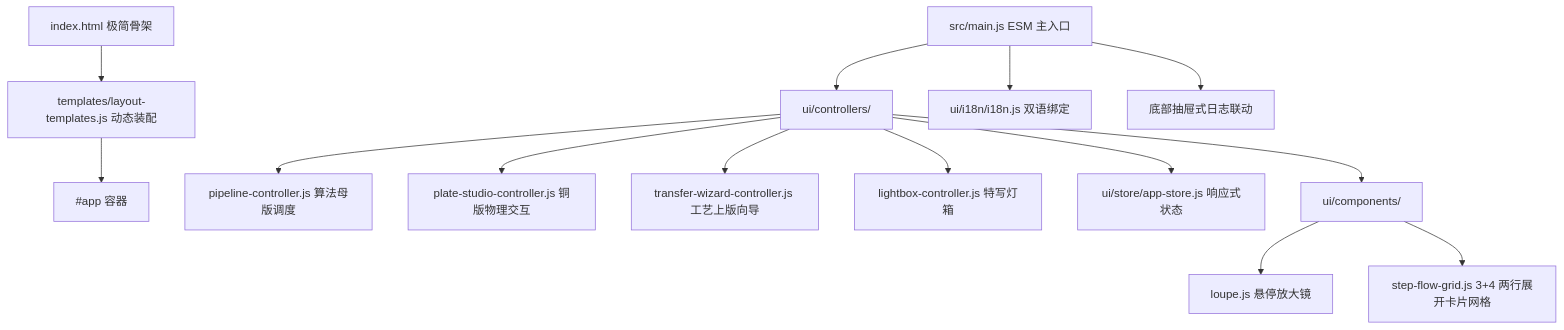
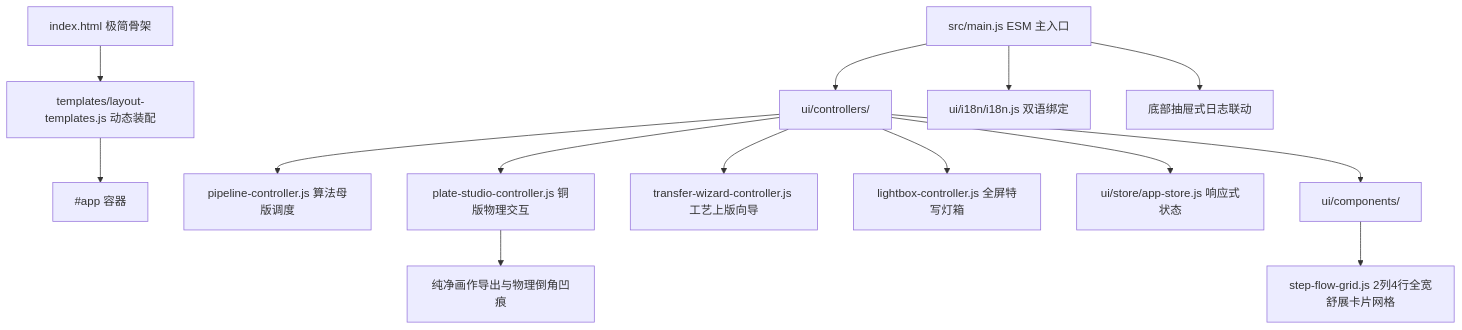
Before and after one commit to gongzhimin/Etchloom: the diagram in src/ui/docs/ARCHITECTURE.md, drawn with Mermaid. The commit also changed other lines of this file and 9 other files, not shown here.

````diff
--- a/src/ui/docs/ARCHITECTURE.md
+++ b/src/ui/docs/ARCHITECTURE.md
@@ -10,19 +10,19 @@
 ```mermaid
 graph TD
     HTML[index.html 极简骨架] --> Mount[templates/layout-templates.js 动态装配]
     Mount --> DOM[#app 容器]
     Main[src/main.js ESM 主入口] --> Controllers[ui/controllers/]
     
     Controllers --> PC[pipeline-controller.js 算法母版调度]
     Controllers --> PSC[plate-studio-controller.js 铜版物理交互]
     Controllers --> TWC[transfer-wizard-controller.js 工艺上版向导]
-    Controllers --> LBC[lightbox-controller.js 特写灯箱]
+    Controllers --> LBC[lightbox-controller.js 全屏特写灯箱]
 
     Controllers --> Store[ui/store/app-store.js 响应式状态]
     Controllers --> Components[ui/components/]
-    Components --> Loupe[loupe.js 悬停放大镜]
-    Components --> Grid[step-flow-grid.js 3+4 两行展开卡片网格]
+    Components --> Grid[step-flow-grid.js 2列4行全宽舒展卡片网格]
 
     Main --> I18n[ui/i18n/i18n.js 双语绑定]
     Main --> LogDrawer[底部抽屉式日志联动]
+    PSC --> PBevel[纯净画作导出与物理倒角凹痕]
 ```
````
